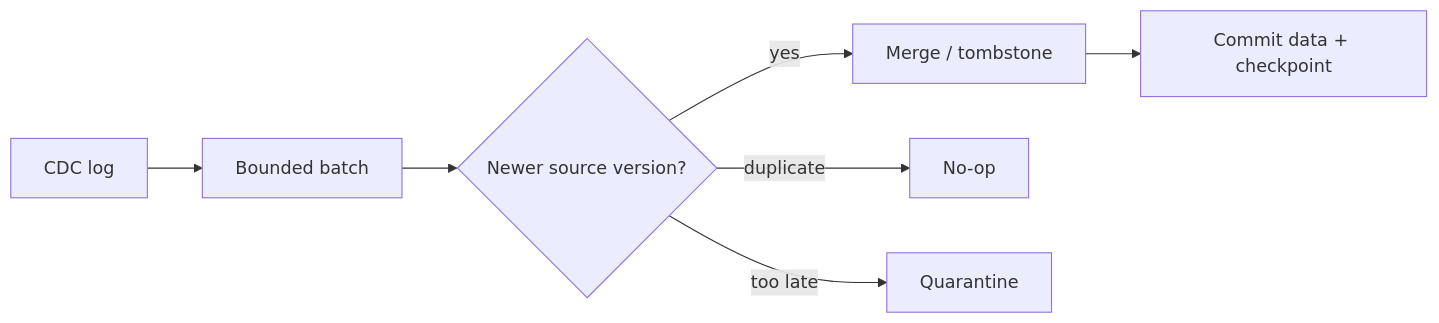
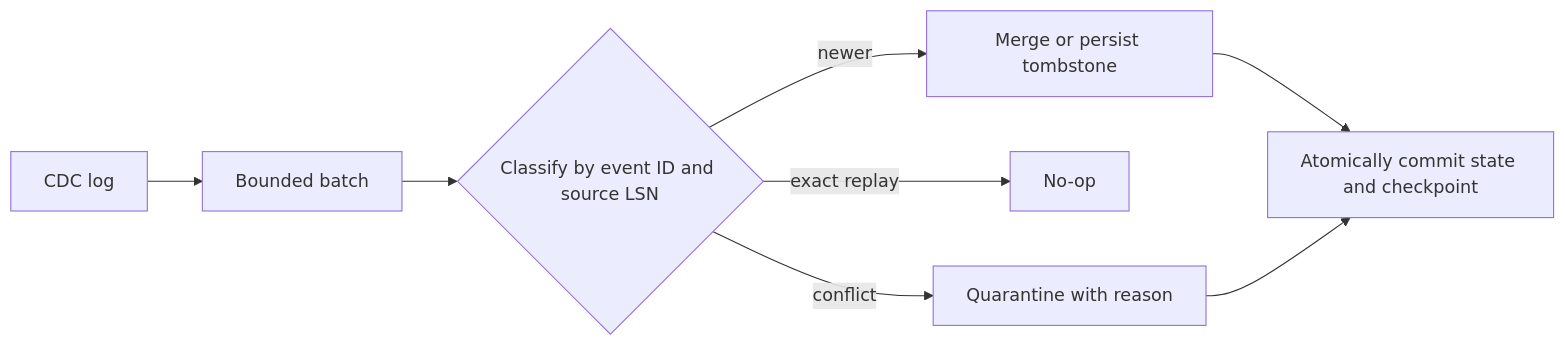
One commit to MarioOrellana58/data-engineering-interviews-study-guide changed the diagram in intermediate/03-processing-and-orchestration/README.md. Above: the diagram before and after it, drawn with Mermaid. The commit also changed 9 other files, not shown here.

Commit message:
Fixed mermaid diagrams broken

````diff
--- a/intermediate/03-processing-and-orchestration/README.md
+++ b/intermediate/03-processing-and-orchestration/README.md
@@ -9,9 +9,10 @@
 ```mermaid
 flowchart LR
-    C[CDC log] --> B[Bounded batch]
-    B --> D{Newer source version?}
-    D -->|yes| M[Merge / tombstone]
-    D -->|duplicate| X[No-op]
-    D -->|too late| Q[Quarantine]
-    M --> W[Commit data + checkpoint]
+    C["CDC log"] --> B["Bounded batch"]
+    B --> D{"Classify by event ID and source LSN"}
+    D -->|"newer"| M["Merge or persist tombstone"]
+    D -->|"exact replay"| X["No-op"]
+    D -->|"conflict"| Q["Quarantine with reason"]
+    M --> W["Atomically commit state and checkpoint"]
+    Q --> W
 ```
````
